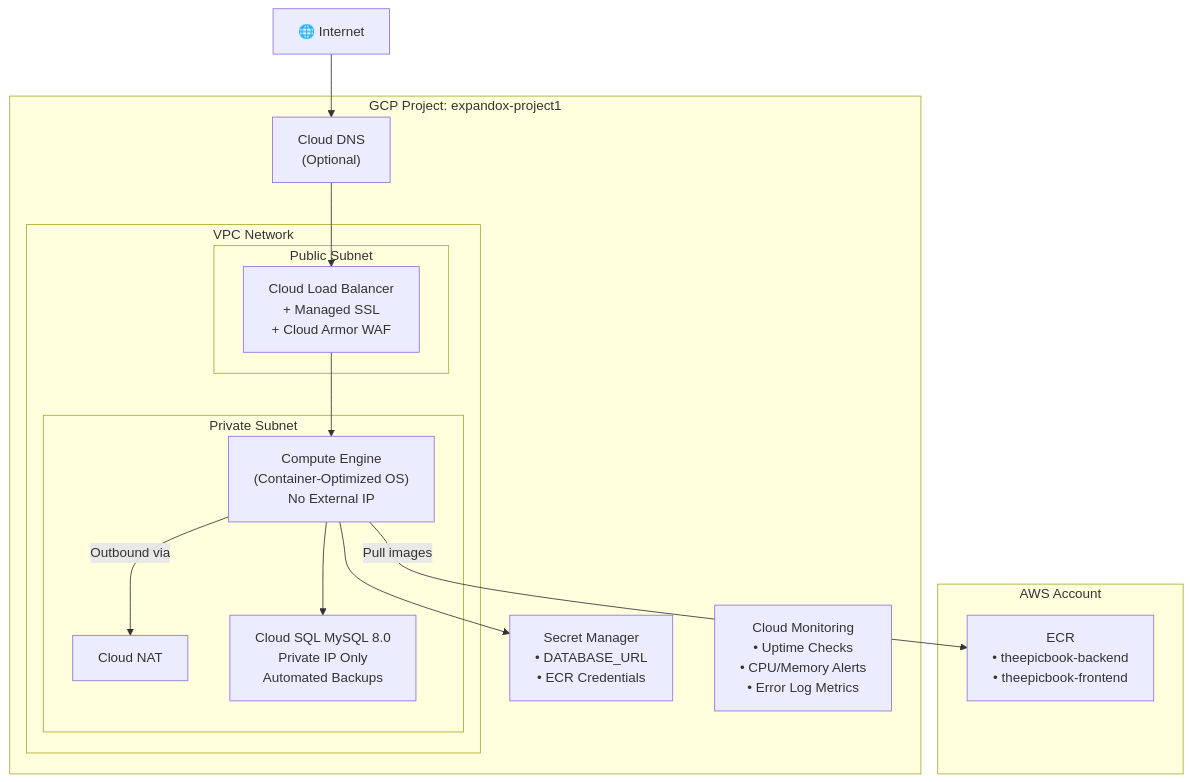
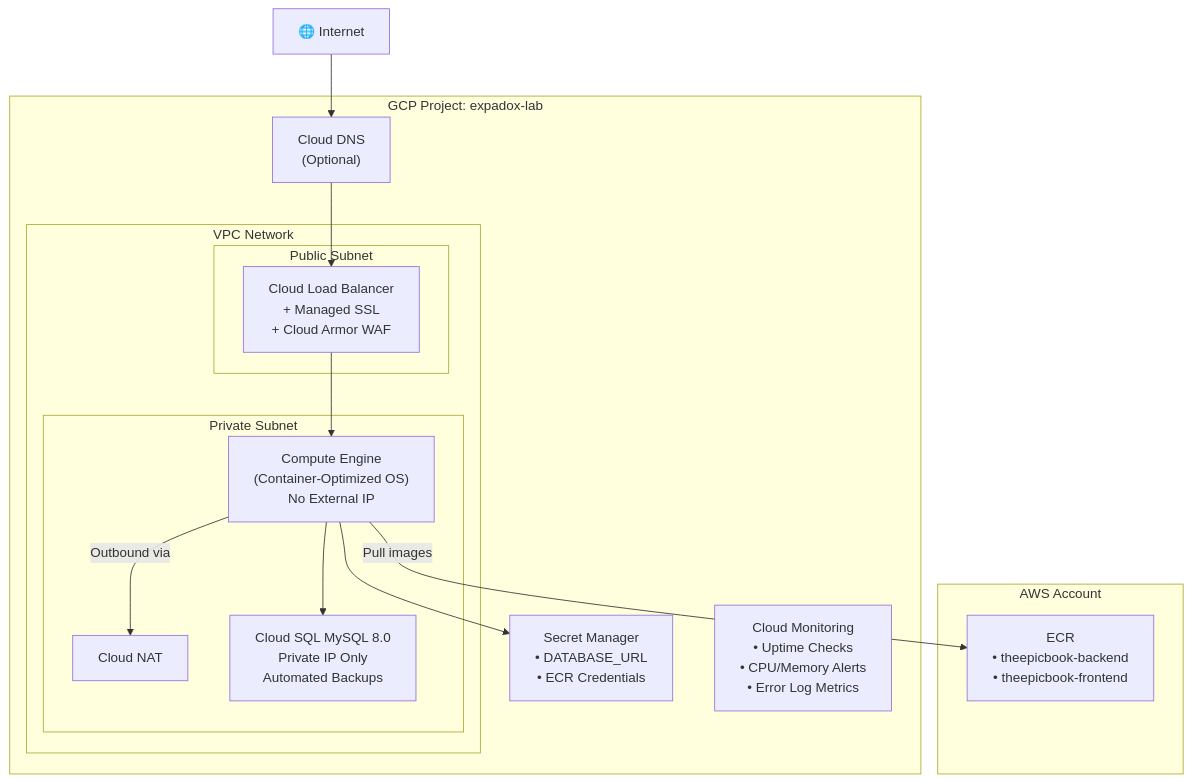
One commit to lakunzy7/CloudOpsHub changed the fourth of 6 diagrams in docs/ARCHITECTURE.md. Above: the diagram before and after it, drawn with Mermaid. The commit also changed 23 other files, not shown here.

````diff
--- a/docs/ARCHITECTURE.md
+++ b/docs/ARCHITECTURE.md
@@ -192,32 +192,32 @@
 ```mermaid
 flowchart TB
-    subgraph GCP["GCP Project: expandox-project1"]
+    subgraph GCP["GCP Project: expadox-lab"]
         subgraph VPC["VPC Network"]
             subgraph PublicSubnet["Public Subnet"]
                 LB["Cloud Load Balancer\n+ Managed SSL\n+ Cloud Armor WAF"]
             end
 
             subgraph PrivateSubnet["Private Subnet"]
                 NAT["Cloud NAT"]
                 VM["Compute Engine\n(Container-Optimized OS)\nNo External IP"]
                 CloudSQL["Cloud SQL MySQL 8.0\nPrivate IP Only\nAutomated Backups"]
             end
         end
 
         SecretMgr["Secret Manager\n• DATABASE_URL\n• ECR Credentials"]
         CloudMon["Cloud Monitoring\n• Uptime Checks\n• CPU/Memory Alerts\n• Error Log Metrics"]
         DNS["Cloud DNS\n(Optional)"]
     end
 
     subgraph AWS["AWS Account"]
         ECR["ECR\n• theepicbook-backend\n• theepicbook-frontend"]
     end
 
     Internet["🌐 Internet"] --> DNS
     DNS --> LB
     LB --> VM
     VM --> CloudSQL
     VM --> SecretMgr
     VM -->|Pull images| ECR
     VM -->|Outbound via| NAT
 ```
````
